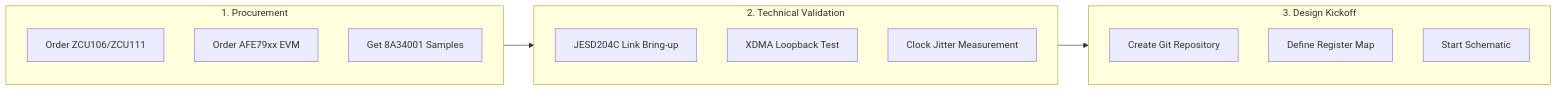
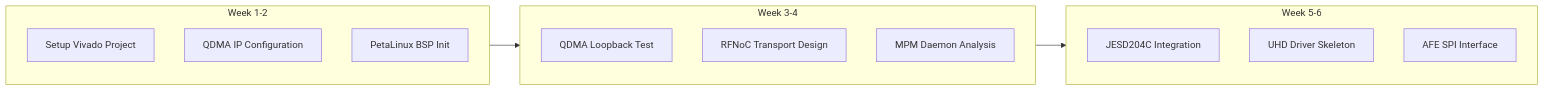
Before and after one commit to EttusResearch/uhd: diagram 18 of 19 in docs/sdr_board_project_plan.md, drawn with Mermaid. The commit also changed other lines of this file, not shown here.

First line of the commit message:
docs: Update SDR board plan with QDMA, ZU19EG, and revised schedule

````diff
--- a/docs/sdr_board_project_plan.md
+++ b/docs/sdr_board_project_plan.md
@@ -701,23 +832,22 @@
 ```mermaid
 flowchart LR
-    subgraph PROCUREMENT["1. Procurement"]
-        P1["Order ZCU106/ZCU111"]
-        P2["Order AFE79xx EVM"]
-        P3["Get 8A34001 Samples"]
+    subgraph WEEK1["Week 1-2"]
+        A1["Setup Vivado Project"]
+        A2["QDMA IP Configuration"]
+        A3["PetaLinux BSP Init"]
     end
 
-    subgraph VALIDATION["2. Technical Validation"]
-        V1["JESD204C Link Bring-up"]
-        V2["XDMA Loopback Test"]
-        V3["Clock Jitter Measurement"]
+    subgraph WEEK3["Week 3-4"]
+        B1["QDMA Loopback Test"]
+        B2["RFNoC Transport Design"]
+        B3["MPM Daemon Analysis"]
     end
 
-    subgraph DESIGN["3. Design Kickoff"]
-        D1["Create Git Repository"]
-        D2["Define Register Map"]
-        D3["Start Schematic"]
+    subgraph WEEK5["Week 5-6"]
+        C1["JESD204C Integration"]
+        C2["UHD Driver Skeleton"]
+        C3["AFE SPI Interface"]
     end
 
-    PROCUREMENT --> VALIDATION
-    VALIDATION --> DESIGN
+    WEEK1 --> WEEK3 --> WEEK5
 ```
````
